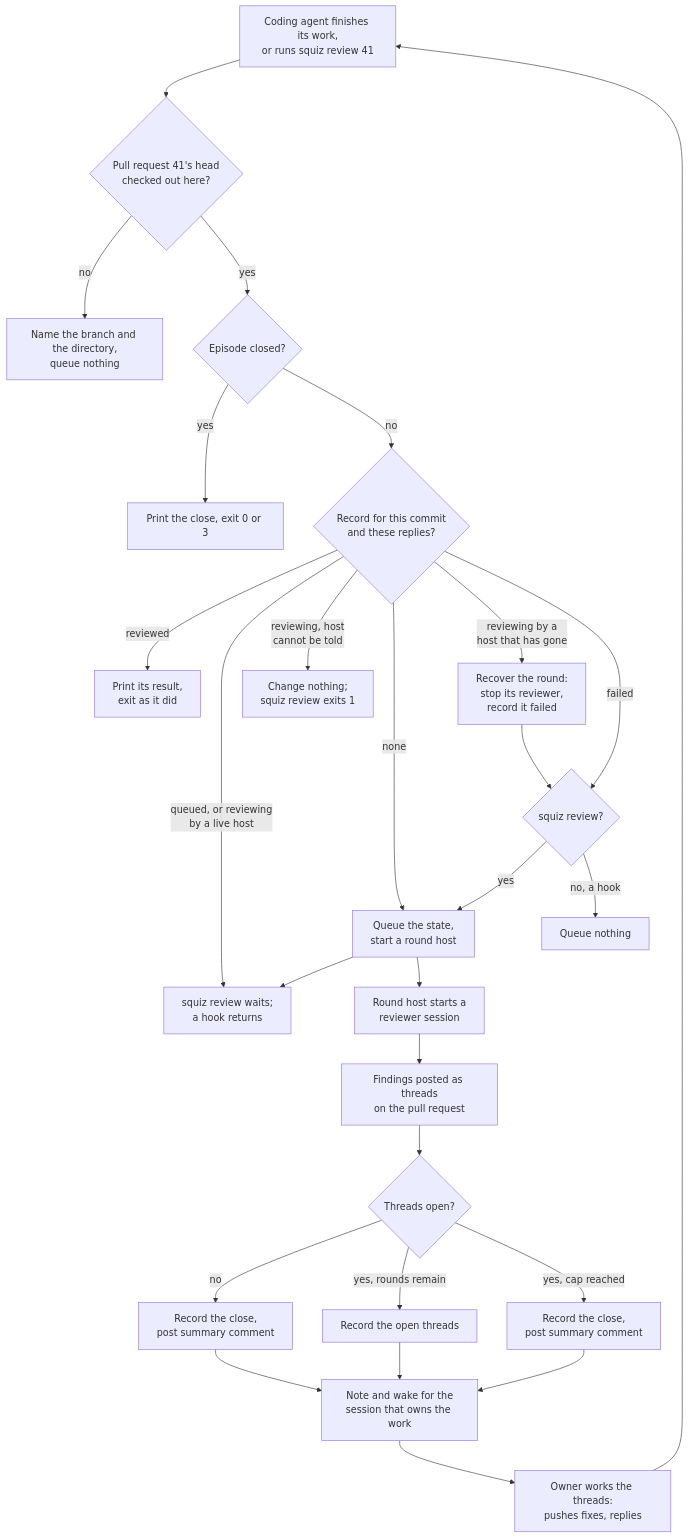
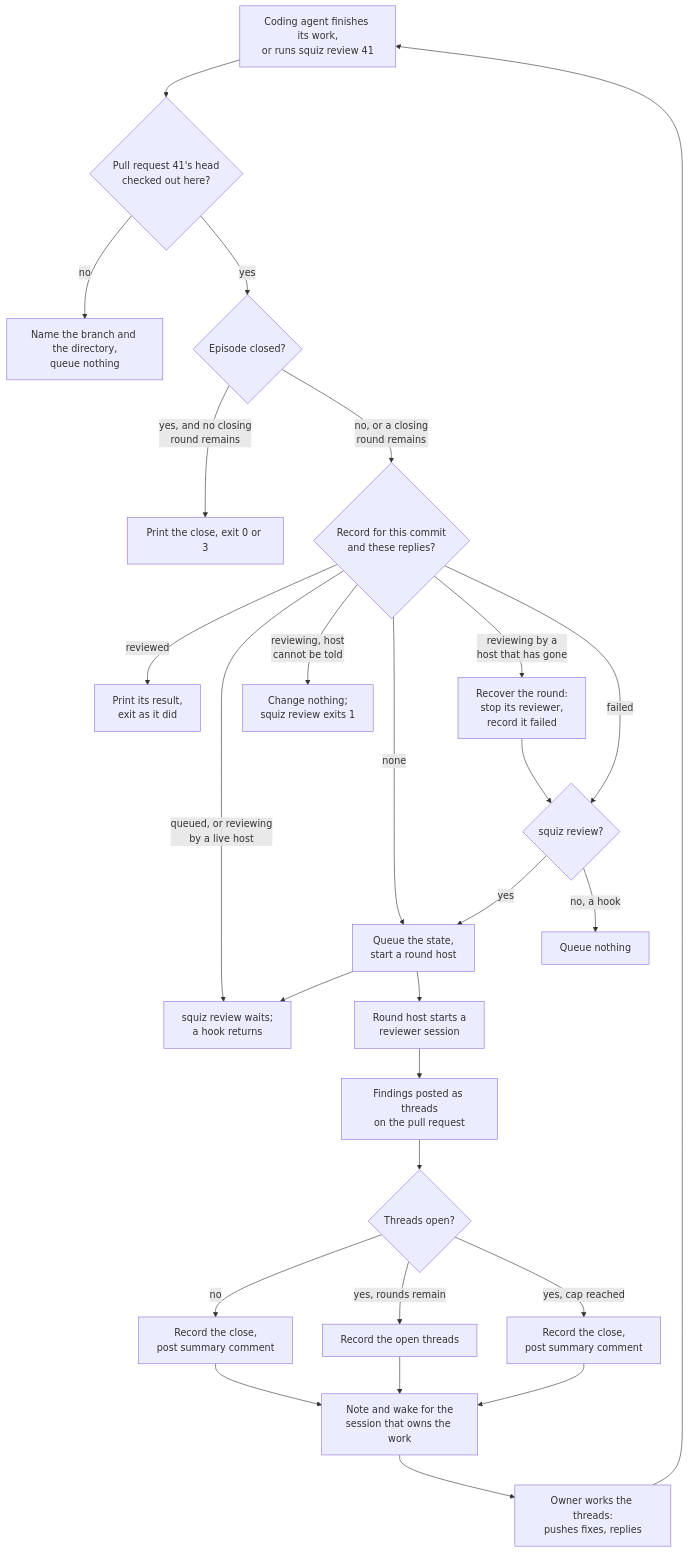
One commit to jacygao/squiz changed the first of 2 diagrams in docs/specs/review-harness-spec.md. Above: the diagram before and after it, drawn with Mermaid. The commit also changed other lines of this file and 29 other files, not shown here.

First line of the commit message:
Check a fix pushed after the round cap once, in a closing round

````diff
--- a/docs/specs/review-harness-spec.md
+++ b/docs/specs/review-harness-spec.md
@@ -390,29 +395,29 @@
 ```mermaid
 flowchart TD
     A[Coding agent finishes its work,<br/>or runs squiz review 41] --> C{Pull request 41's head<br/>checked out here?}
     C -->|no| L[Name the branch and the directory,<br/>queue nothing]
     C -->|yes| K{Episode closed?}
-    K -->|yes| D[Print the close, exit 0 or 3]
-    K -->|no| R{Record for this commit<br/>and these replies?}
+    K -->|yes, and no closing<br/>round remains| D[Print the close, exit 0 or 3]
+    K -->|no, or a closing<br/>round remains| R{Record for this commit<br/>and these replies?}
     R -->|reviewed| P[Print its result,<br/>exit as it did]
     R -->|queued, or reviewing<br/>by a live host| W[squiz review waits;<br/>a hook returns]
     R -->|reviewing, host<br/>cannot be told| U[Change nothing;<br/>squiz review exits 1]
     R -->|none| Q[Queue the state,<br/>start a round host]
     R -->|reviewing by a<br/>host that has gone| V[Recover the round:<br/>stop its reviewer,<br/>record it failed]
     V --> X
     R -->|failed| X{squiz review?}
     X -->|yes| Q
     X -->|no, a hook| Y[Queue nothing]
     Q --> W
     Q --> H[Round host starts a<br/>reviewer session]
     H --> F[Findings posted as threads<br/>on the pull request]
     F --> G{Threads open?}
     G -->|no| I[Record the close,<br/>post summary comment]
     G -->|yes, rounds remain| M[Record the open threads]
     G -->|yes, cap reached| J[Record the close,<br/>post summary comment]
     I --> N[Note and wake for the<br/>session that owns the work]
     M --> N
     J --> N
     N --> O[Owner works the threads:<br/>pushes fixes, replies]
     O --> A
 ```
````
